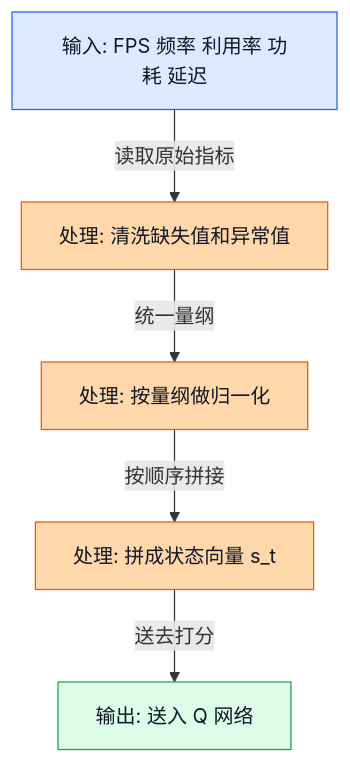
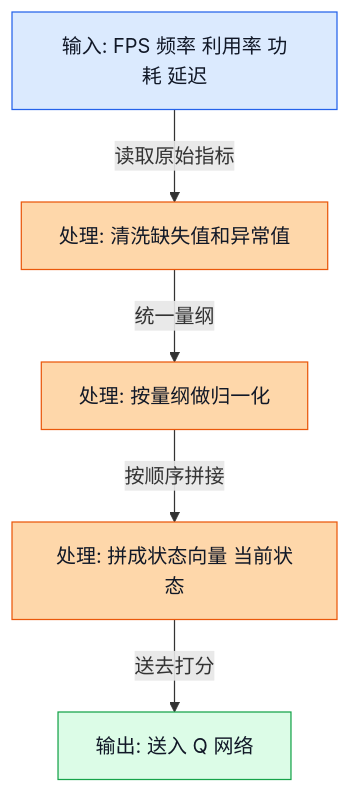
Before and after one commit to Mrphase/RL-Doc: the third of 7 diagrams in learn/15_CQL.md, drawn with Mermaid. The commit also changed other lines of this file and 14 other files, not shown here.

First line of the commit message:
fix: clean mermaid labels in learn docs

````diff
--- a/learn/15_CQL.md
+++ b/learn/15_CQL.md
@@ -367,15 +367,15 @@
 ```mermaid
 flowchart TD
     A[输入: FPS 频率 利用率 功耗 延迟] -->|读取原始指标| B[处理: 清洗缺失值和异常值]
     B -->|统一量纲| C[处理: 按量纲做归一化]
-    C -->|按顺序拼接| D[处理: 拼成状态向量 s_t]
+    C -->|按顺序拼接| D[处理: 拼成状态向量 当前状态]
     D -->|送去打分| E[输出: 送入 Q 网络]
 
     classDef input fill:#dbeafe,stroke:#2563eb,color:#111827;
     classDef process fill:#fed7aa,stroke:#ea580c,color:#111827;
     classDef output fill:#dcfce7,stroke:#16a34a,color:#111827;
 
     class A input;
     class B,C,D process;
     class E output;
 ```
````
